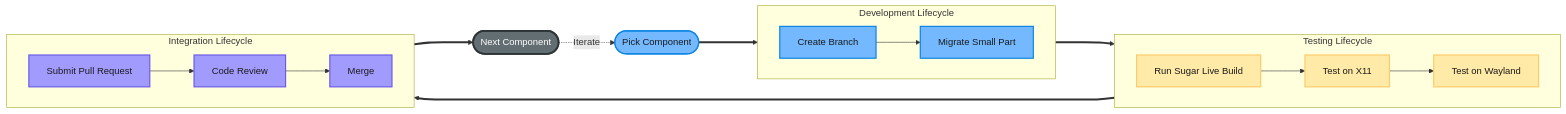
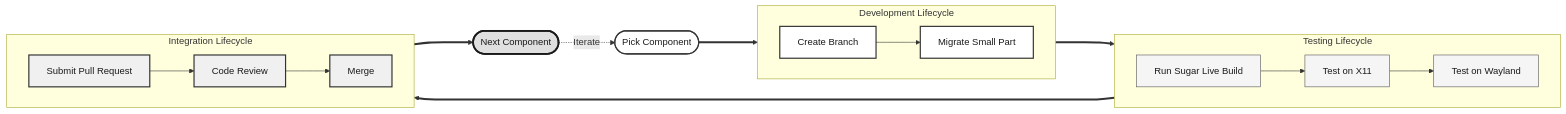
The eighth of 9 diagrams in proposal.md (Dev10-sys/sugar-proposal-gtk), drawn with Mermaid before and after one commit. The commit also changed other lines of this file, not shown here.

Commit message:
Revise proposal: clean diagrams, linkable TOC, content fixes

````diff
--- a/proposal.md
+++ b/proposal.md
@@ -554,50 +599,50 @@
 ```mermaid
 flowchart LR
     %% Start
     A(["Pick Component"])
 
     %% Execution Loop
     subgraph Execution ["Development Lifecycle"]
         direction LR
         B["Create Branch"]
         C["Migrate Small Part"]
         B --> C
     end
 
     subgraph Verification ["Testing Lifecycle"]
         direction LR
         D["Run Sugar Live Build"]
         E["Test on X11"]
         F["Test on Wayland"]
         D --> E --> F
     end
 
     subgraph Review ["Integration Lifecycle"]
         direction LR
         G["Submit Pull Request"]
         H["Code Review"]
         I["Merge"]
         G --> H --> I
     end
 
     %% Loop Back
     J(["Next Component"])
 
     %% Connections
     A ===> Execution
     Execution ===> Verification
     Verification ===> Review
     Review ===> J
     J -.->|Iterate| A
 
     %% Styling
-    classDef coreNode fill:#74b9ff,stroke:#0984e3,stroke-width:2px,color:#1a1a1a;
-    classDef testNode fill:#ffeaa7,stroke:#fdcb6e,stroke-width:2px,color:#1a1a1a;
-    classDef reviewNode fill:#a29bfe,stroke:#6c5ce7,stroke-width:2px,color:#1a1a1a;
-    classDef endNode fill:#636e72,stroke:#2d3436,stroke-width:3px,color:#fff;
+    classDef coreNode fill:#fff,stroke:#333,stroke-width:2px,color:#1a1a1a;
+    classDef testNode fill:#f5f5f5,stroke:#555,stroke-width:1px,color:#1a1a1a;
+    classDef reviewNode fill:#f0f0f0,stroke:#333,stroke-width:2px,color:#1a1a1a;
+    classDef endNode fill:#e0e0e0,stroke:#1a1a1a,stroke-width:3px,color:#1a1a1a;
 
     class A,B,C coreNode;
     class D,E,F testNode;
     class G,H,I reviewNode;
     class J endNode;
 ```
````
